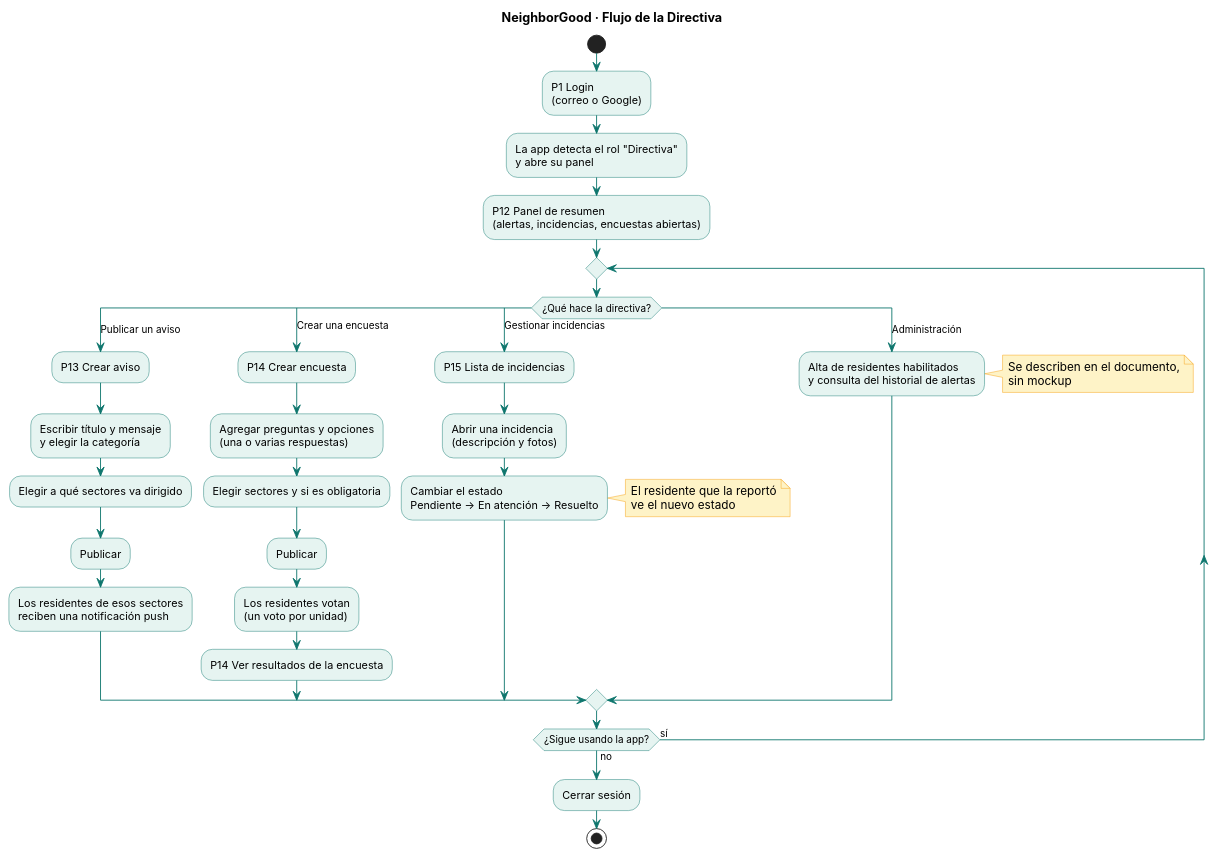
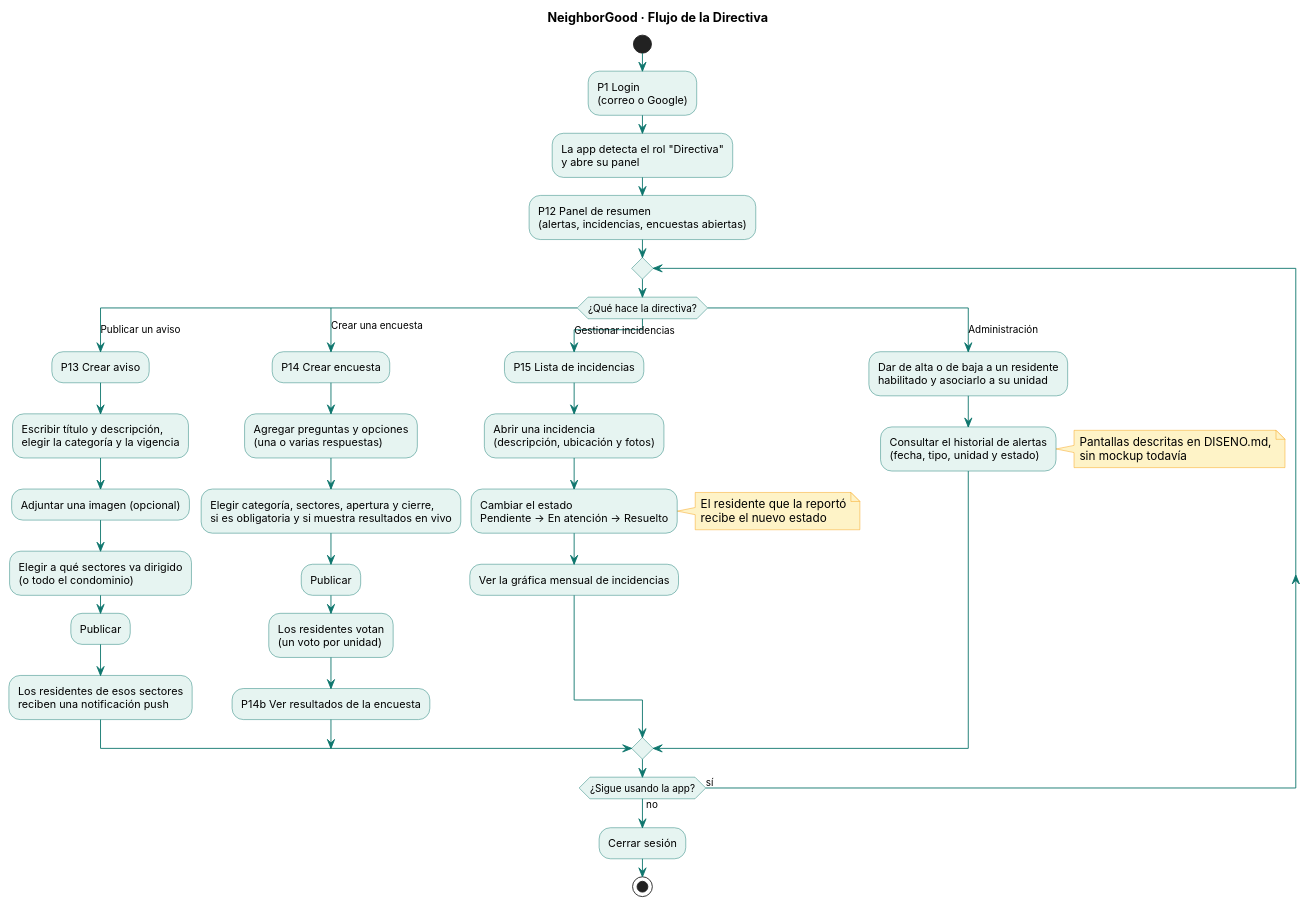
The diagram in docs/Flujos/flujo-de-directiva.puml (liusamfung/neighborgood-project), drawn with PlantUML before and after one commit. The commit also changed 2 other files, not shown here.

```diff
--- a/docs/Flujos/flujo-de-directiva.puml
+++ b/docs/Flujos/flujo-de-directiva.puml
@@ -1,44 +1,47 @@
 @startuml
 title NeighborGood · Flujo de la Directiva
 skinparam shadowing false
 skinparam defaultFontName Inter
 skinparam ActivityBackgroundColor #E6F4F1
 skinparam ActivityBorderColor #0F766E
 skinparam ArrowColor #0F766E
 skinparam NoteBackgroundColor #FEF3C7
 skinparam NoteBorderColor #F59E0B
 
 start
 :P1 Login\n(correo o Google);
 :La app detecta el rol "Directiva"\ny abre su panel;
 :P12 Panel de resumen\n(alertas, incidencias, encuestas abiertas);
 
 repeat
   switch (¿Qué hace la directiva?)
   case (Publicar un aviso)
     :P13 Crear aviso;
-    :Escribir título y mensaje\ny elegir la categoría;
-    :Elegir a qué sectores va dirigido;
+    :Escribir título y descripción,\nelegir la categoría y la vigencia;
+    :Adjuntar una imagen (opcional);
+    :Elegir a qué sectores va dirigido\n(o todo el condominio);
     :Publicar;
     :Los residentes de esos sectores\nreciben una notificación push;
   case (Crear una encuesta)
     :P14 Crear encuesta;
     :Agregar preguntas y opciones\n(una o varias respuestas);
-    :Elegir sectores y si es obligatoria;
+    :Elegir categoría, sectores, apertura y cierre,\nsi es obligatoria y si muestra resultados en vivo;
     :Publicar;
     :Los residentes votan\n(un voto por unidad);
-    :P14 Ver resultados de la encuesta;
+    :P14b Ver resultados de la encuesta;
   case (Gestionar incidencias)
     :P15 Lista de incidencias;
-    :Abrir una incidencia\n(descripción y fotos);
+    :Abrir una incidencia\n(descripción, ubicación y fotos);
     :Cambiar el estado\nPendiente → En atención → Resuelto;
-    note right: El residente que la reportó\nve el nuevo estado
+    note right: El residente que la reportó\nrecibe el nuevo estado
+    :Ver la gráfica mensual de incidencias;
   case (Administración)
-    :Alta de residentes habilitados\ny consulta del historial de alertas;
-    note right: Se describen en el documento,\nsin mockup
+    :Dar de alta o de baja a un residente\nhabilitado y asociarlo a su unidad;
+    :Consultar el historial de alertas\n(fecha, tipo, unidad y estado);
+    note right: Pantallas descritas en DISENO.md,\nsin mockup todavía
   endswitch
 repeat while (¿Sigue usando la app?) is (sí) not (no)
 
 :Cerrar sesión;
 stop
 @enduml
```
